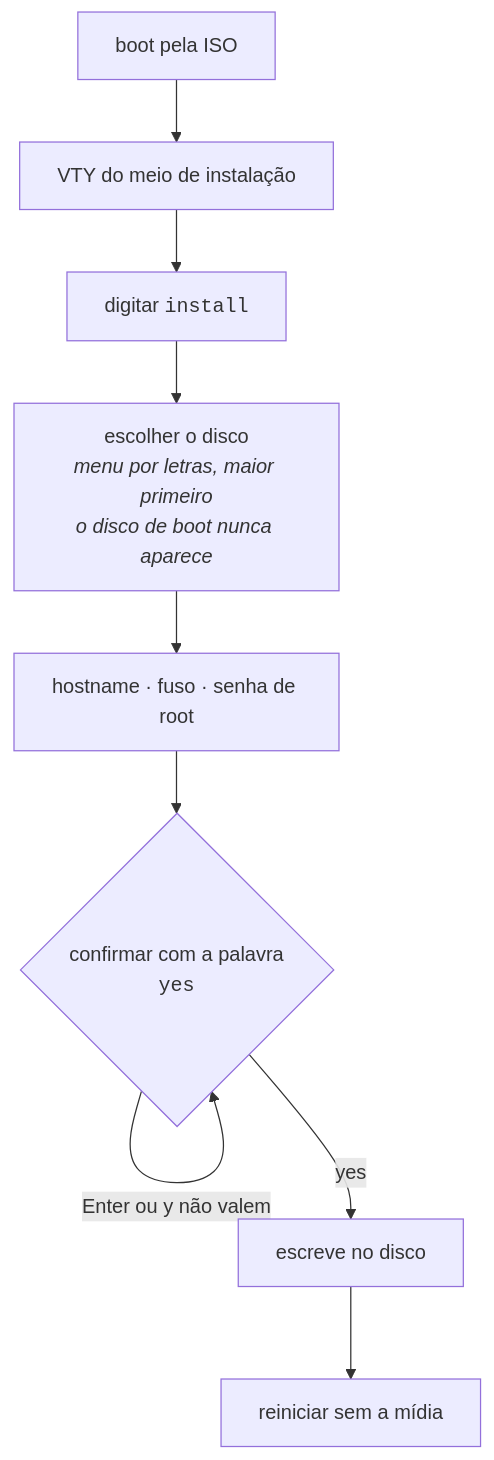
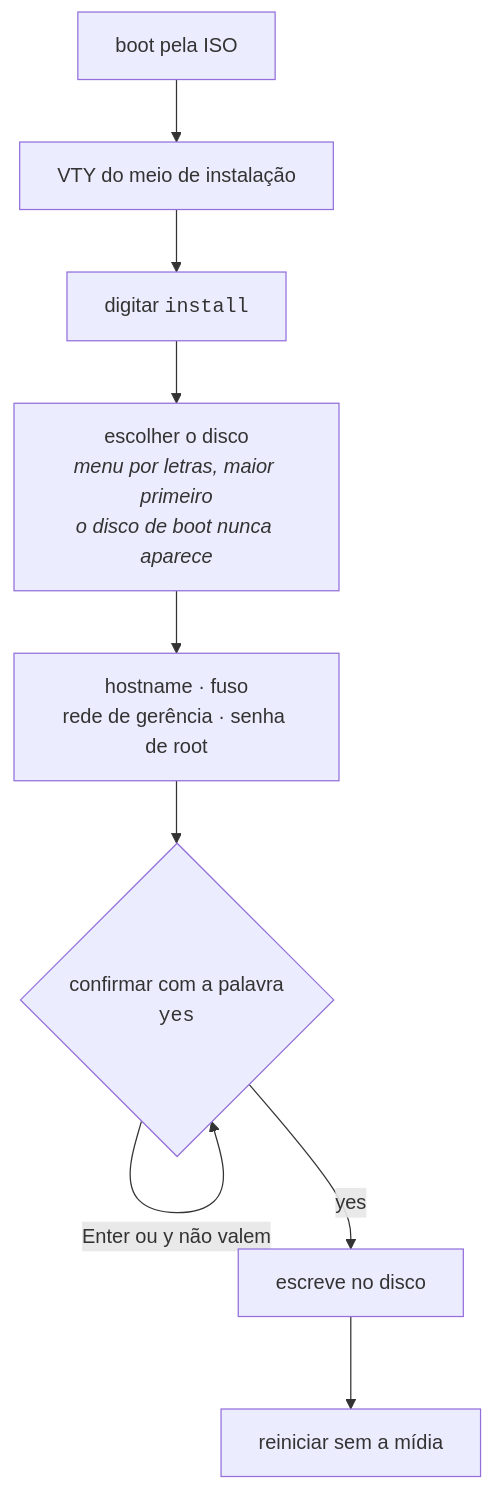
The diagram in wiki/comecar-aqui/instalacao-da-appliance.md (andrediashexa/prismarouting), drawn with Mermaid before and after one commit. The commit also changed other lines of this file and 13 other files, not shown here.

````diff
--- a/wiki/comecar-aqui/instalacao-da-appliance.md
+++ b/wiki/comecar-aqui/instalacao-da-appliance.md
@@ -5,11 +5,11 @@
 ```mermaid
 flowchart TD
     A["boot pela ISO"] --> B["VTY do meio de instalação"]
     B --> C["digitar <code>install</code>"]
     C --> D["escolher o disco<br/><i>menu por letras, maior primeiro<br/>o disco de boot nunca aparece</i>"]
-    D --> E["hostname · fuso · senha de root"]
+    D --> E["hostname · fuso<br/>rede de gerência · senha de root"]
     E --> F{"confirmar com a palavra<br/><code>yes</code>"}
     F -->|"Enter ou y não valem"| F
     F -->|yes| G["escreve no disco"]
     G --> H["reiniciar sem a mídia"]
 ```
````
